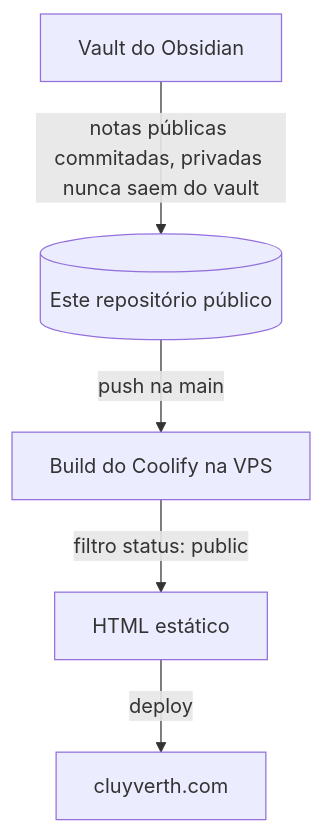
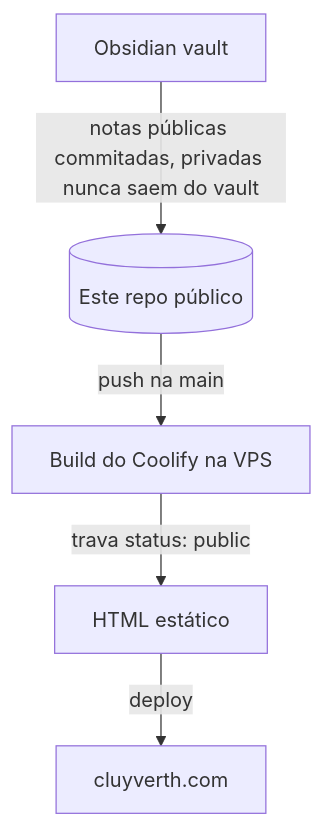
The diagram in .notes/pt-br/cluyverth-hub.md (Cluyverth/Cluyverth-Hub), drawn with Mermaid before and after one commit. The commit also changed other lines of this file and 16 other files, not shown here.

````diff
--- a/.notes/pt-br/cluyverth-hub.md
+++ b/.notes/pt-br/cluyverth-hub.md
@@ -35,7 +70,7 @@
 ```mermaid
 flowchart TB
-    V[Vault do Obsidian] -->|notas públicas commitadas, privadas nunca saem do vault| S[(Este repositório público)]
+    V[Obsidian vault] -->|notas públicas commitadas, privadas nunca saem do vault| S[(Este repo público)]
     S -->|push na main| B[Build do Coolify na VPS]
-    B -->|filtro status: public| D[HTML estático]
+    B -->|trava status: public| D[HTML estático]
     D -->|deploy| W[cluyverth.com]
 ```
````
